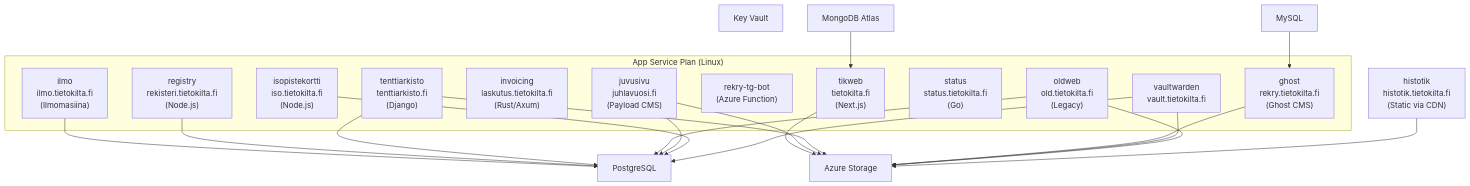
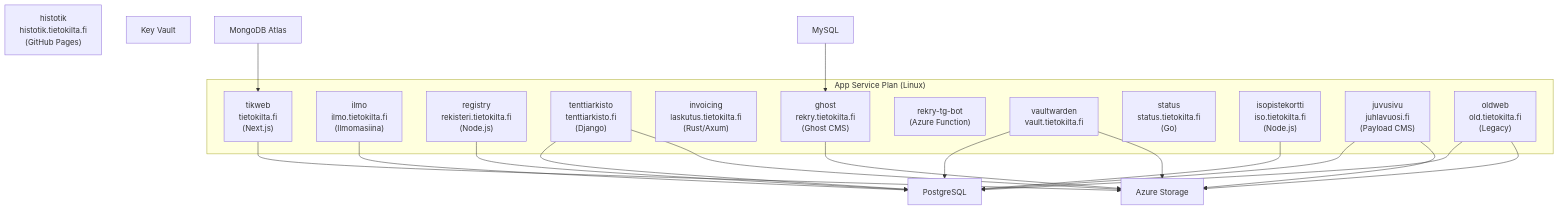
The second of 4 diagrams in docs/ARCHITECTURE.md (Tietokilta/infra), drawn with Mermaid before and after one commit. The commit also changed 4 other files, not shown here.

Commit message:
chore: migrate histotik to github pages

````diff
--- a/docs/ARCHITECTURE.md
+++ b/docs/ARCHITECTURE.md
@@ -36,35 +36,34 @@
 ```mermaid
 graph TD
     subgraph ASP["App Service Plan (Linux)"]
         tikweb["tikweb<br/>tietokilta.fi<br/>(Next.js)"]
         ilmo["ilmo<br/>ilmo.tietokilta.fi<br/>(Ilmomasiina)"]
         registry["registry<br/>rekisteri.tietokilta.fi<br/>(Node.js)"]
         tenttiarkisto["tenttiarkisto<br/>tenttiarkisto.fi<br/>(Django)"]
         invoicing["invoicing<br/>laskutus.tietokilta.fi<br/>(Rust/Axum)"]
         ghost["ghost<br/>rekry.tietokilta.fi<br/>(Ghost CMS)"]
         rekry_bot["rekry-tg-bot<br/>(Azure Function)"]
         vaultwarden["vaultwarden<br/>vault.tietokilta.fi"]
         status["status<br/>status.tietokilta.fi<br/>(Go)"]
         isopistekortti["isopistekortti<br/>iso.tietokilta.fi<br/>(Node.js)"]
         juvusivu["juvusivu<br/>juhlavuosi.fi<br/>(Payload CMS)"]
         oldweb["oldweb<br/>old.tietokilta.fi<br/>(Legacy)"]
     end
 
-    histotik["histotik<br/>histotik.tietokilta.fi<br/>(Static via CDN)"]
+    histotik["histotik<br/>histotik.tietokilta.fi<br/>(GitHub Pages)"]
 
     PG[PostgreSQL]
     KV[Key Vault]
     Storage[Azure Storage]
     Mongo[MongoDB Atlas]
     MySQL[MySQL]
 
     Mongo --> tikweb
     MySQL --> ghost
 
     ilmo & registry & tenttiarkisto & oldweb --> PG
     juvusivu & isopistekortti & vaultwarden --> PG
 
     tikweb & juvusivu & tenttiarkisto --> Storage
     ghost & vaultwarden & oldweb --> Storage
-    histotik --> Storage
 ```
````
